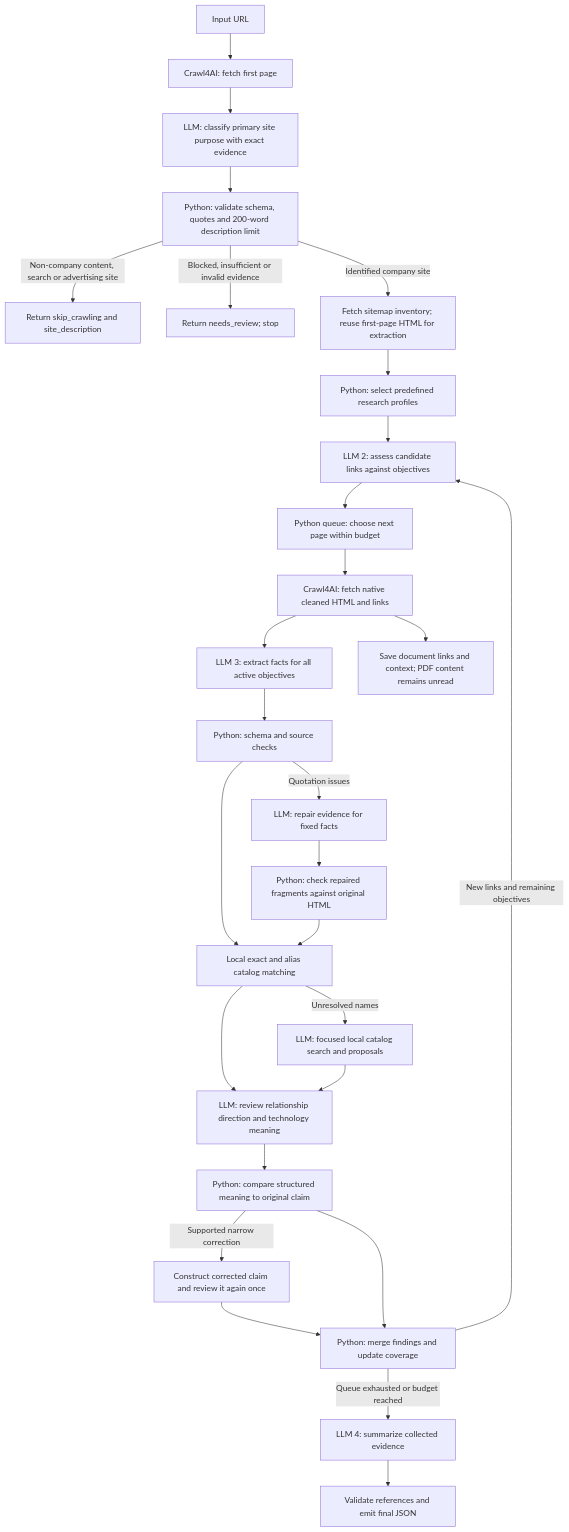
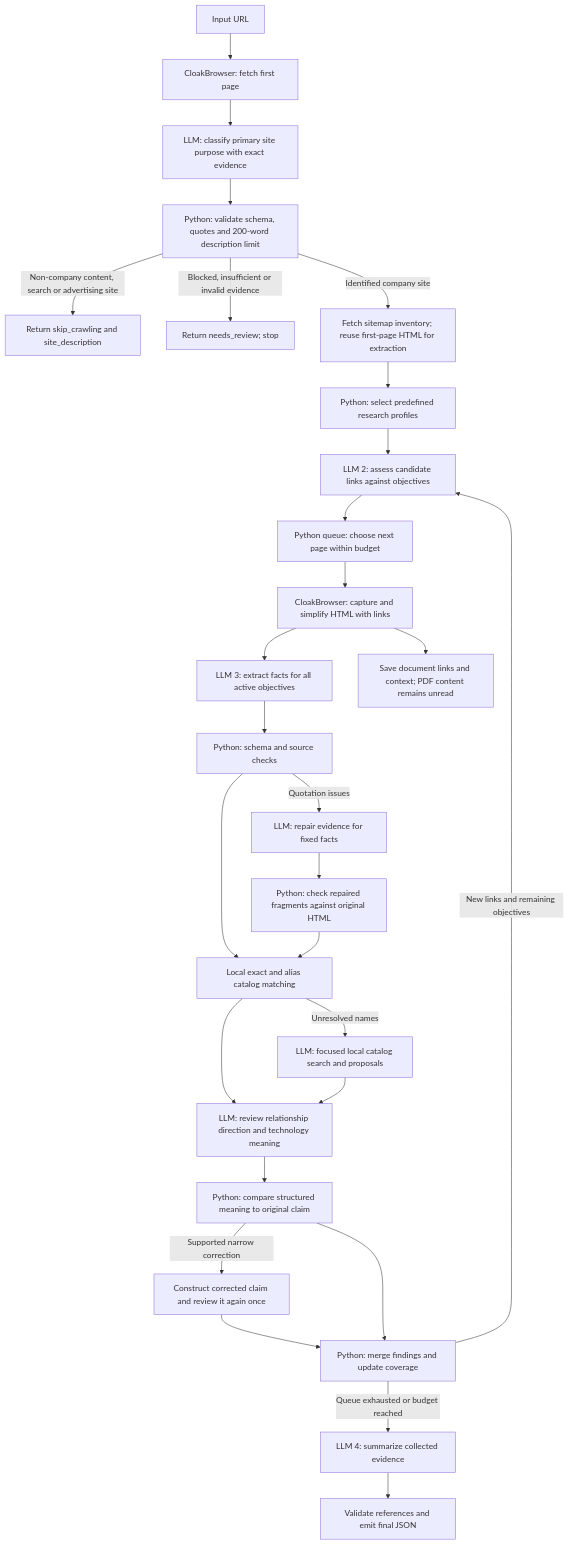
The diagram in corpscout/services/company_research/SITE_PROFILE_FLOW.md (pulsarpoint/companycollect), drawn with Mermaid before and after one commit. The commit also changed 115 other files, not shown here.

````diff
--- a/corpscout/services/company_research/SITE_PROFILE_FLOW.md
+++ b/corpscout/services/company_research/SITE_PROFILE_FLOW.md
@@ -11,30 +11,30 @@
 ```mermaid
 flowchart TD
-    A[Input URL] --> B[Crawl4AI: fetch first page]
+    A[Input URL] --> B[CloakBrowser: fetch first page]
     B --> C[LLM: classify primary site purpose with exact evidence]
     C --> C1[Python: validate schema, quotes and 200-word description limit]
     C1 -->|Non-company content, search or advertising site| S[Return skip_crawling and site_description]
     C1 -->|Blocked, insufficient or invalid evidence| U[Return needs_review; stop]
     C1 -->|Identified company site| SI[Fetch sitemap inventory; reuse first-page HTML for extraction]
     SI --> D[Python: select predefined research profiles]
     D --> E[LLM 2: assess candidate links against objectives]
     E --> F[Python queue: choose next page within budget]
-    F --> G[Crawl4AI: fetch native cleaned HTML and links]
+    F --> G[CloakBrowser: capture and simplify HTML with links]
     G --> H[LLM 3: extract facts for all active objectives]
     H --> V[Python: schema and source checks]
     V -->|Quotation issues| R[LLM: repair evidence for fixed facts]
     R --> V2[Python: check repaired fragments against original HTML]
     V --> T[Local exact and alias catalog matching]
     V2 --> T
     T -->|Unresolved names| L[LLM: focused local catalog search and proposals]
     T --> Q[LLM: review relationship direction and technology meaning]
     L --> Q
     Q --> W[Python: compare structured meaning to original claim]
     W -->|Supported narrow correction| C2[Construct corrected claim and review it again once]
     C2 --> I[Python: merge findings and update coverage]
     W --> I
     G --> P[Save document links and context; PDF content remains unread]
     I -->|New links and remaining objectives| E
     I -->|Queue exhausted or budget reached| J[LLM 4: summarize collected evidence]
     J --> K[Validate references and emit final JSON]
 ```
````
